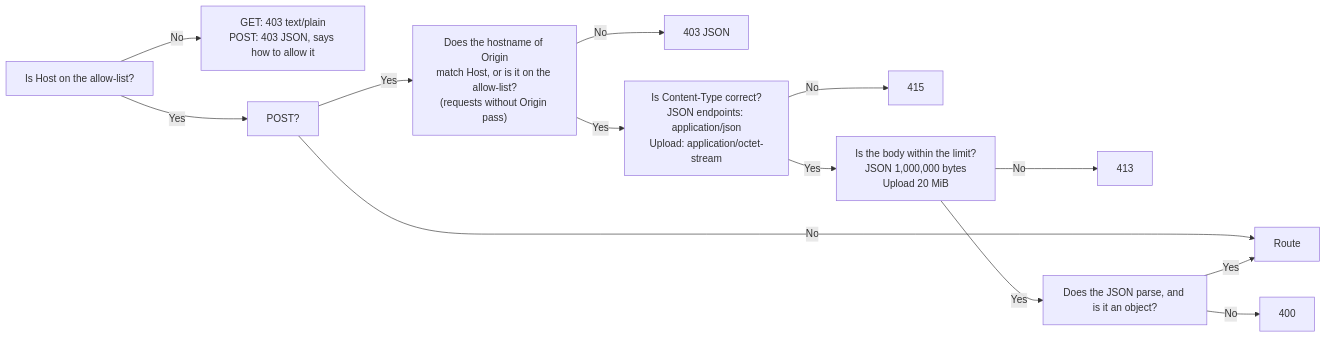
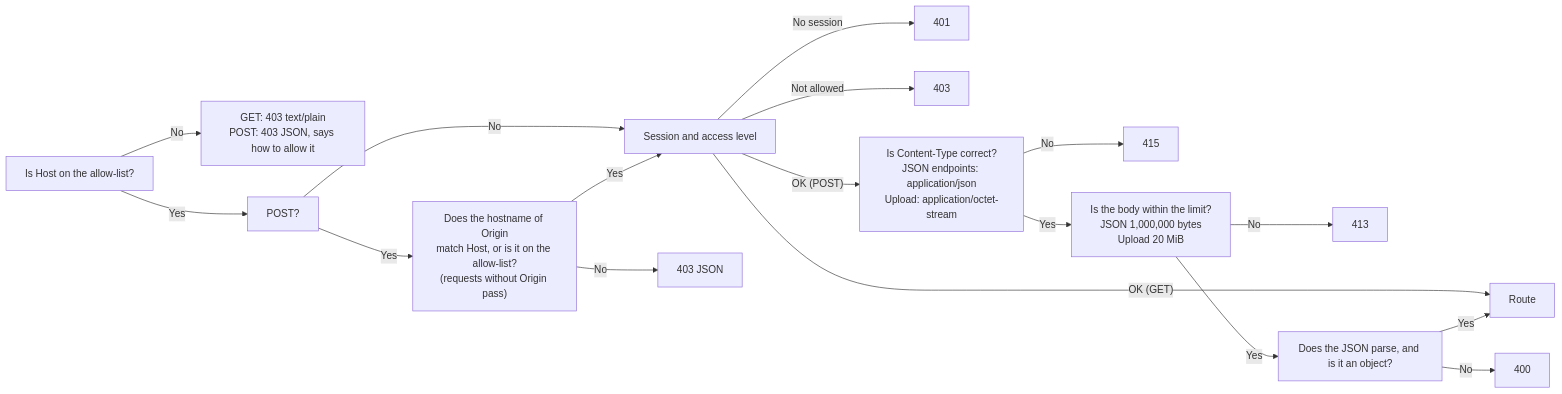
One commit to Yumin-Space/xexam changed the diagram in docs/en/api.md. Above: the diagram before and after it, drawn with Mermaid. The commit also changed other lines of this file and 295 other files, not shown here.

````diff
--- a/docs/en/api.md
+++ b/docs/en/api.md
@@ -45,15 +66,19 @@
 ```mermaid
 flowchart LR
     A["Is Host on the allow-list?"] -->|No| X1["GET: 403 text/plain<br/>POST: 403 JSON, says how to allow it"]
     A -->|Yes| B["POST?"]
-    B -->|No| R["Route"]
+    B -->|No| S["Session and access level"]
     B -->|Yes| C["Does the hostname of Origin<br/>match Host, or is it on the allow-list?<br/>(requests without Origin pass)"]
     C -->|No| X2["403 JSON"]
-    C -->|Yes| D["Is Content-Type correct?<br/>JSON endpoints: application/json<br/>Upload: application/octet-stream"]
+    C -->|Yes| S
+    S -->|No session| X6["401"]
+    S -->|Not allowed| X7["403"]
+    S -->|"OK (GET)"| R["Route"]
+    S -->|"OK (POST)"| D["Is Content-Type correct?<br/>JSON endpoints: application/json<br/>Upload: application/octet-stream"]
     D -->|No| X3["415"]
     D -->|Yes| E["Is the body within the limit?<br/>JSON 1,000,000 bytes<br/>Upload 20 MiB"]
     E -->|No| X4["413"]
     E -->|Yes| F["Does the JSON parse, and is it an object?"]
     F -->|No| X5["400"]
     F -->|Yes| R
 ```
````
